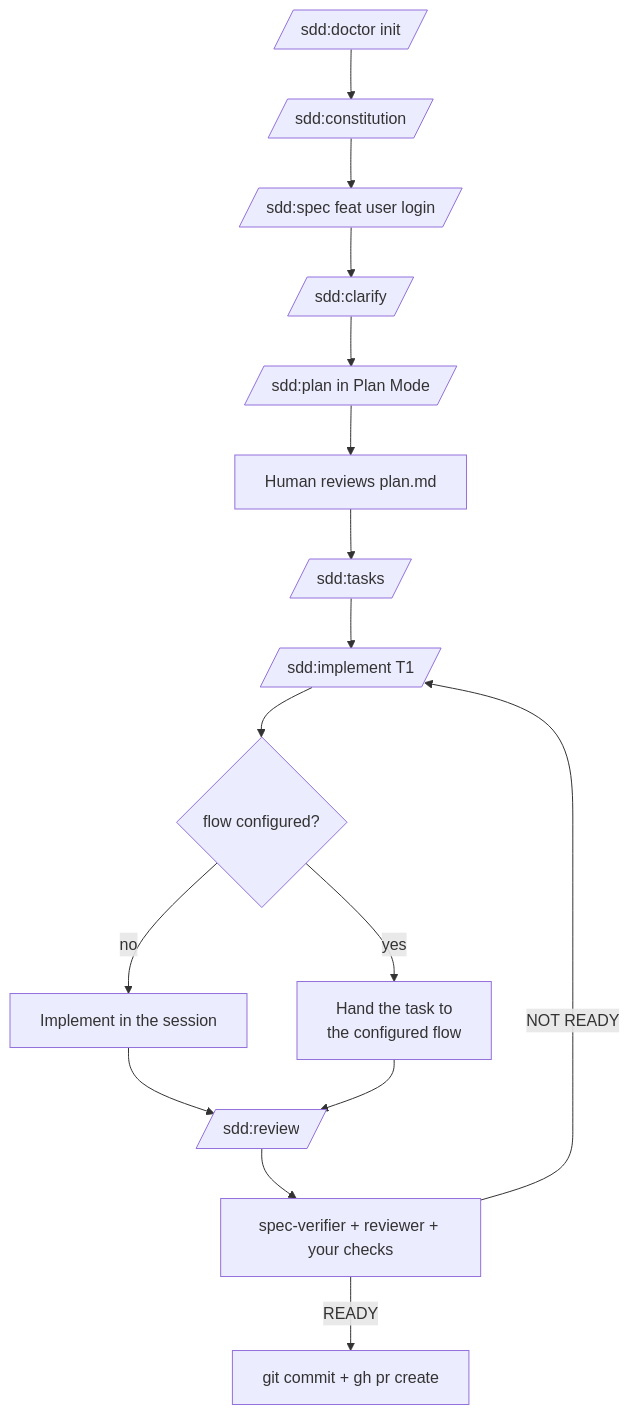
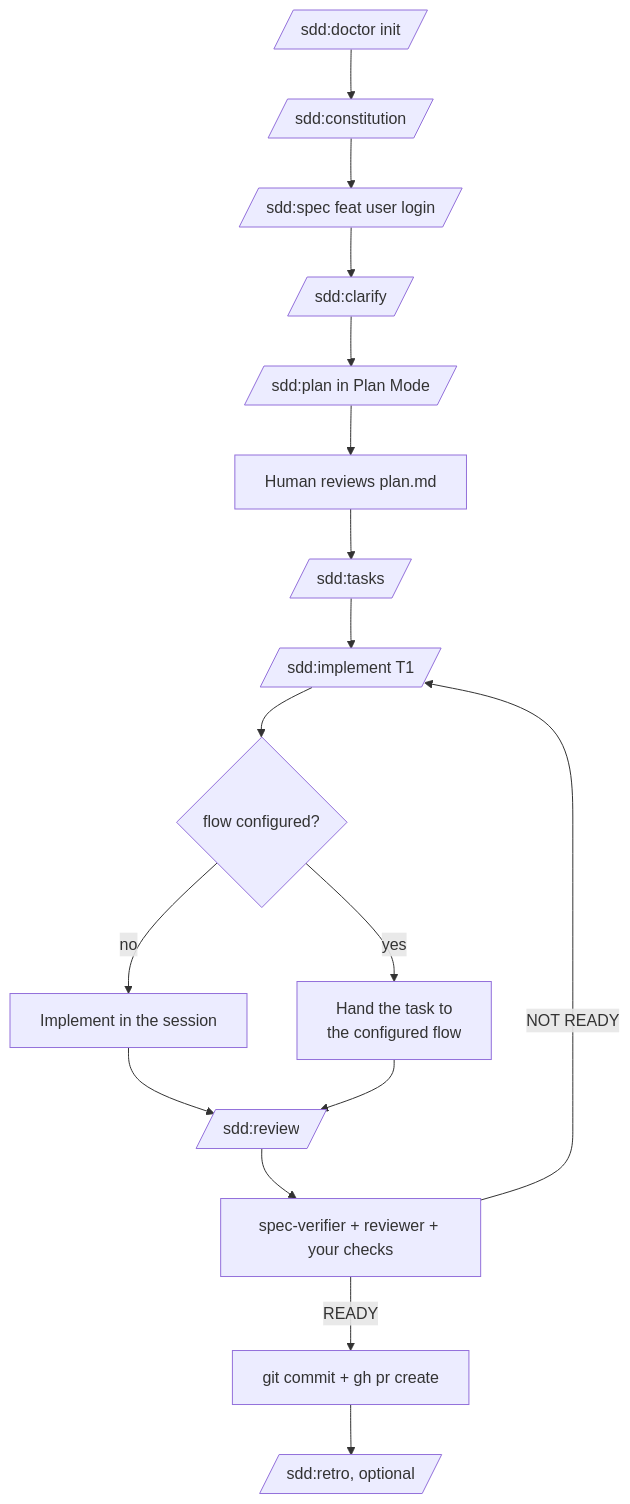
One commit to JanSzewczyk/spec-driven-development changed the diagram in README.md. Above: the diagram before and after it, drawn with Mermaid. The commit also changed other lines of this file and 48 other files, not shown here.

````diff
--- a/README.md
+++ b/README.md
@@ -192,18 +190,19 @@
 ```mermaid
 flowchart TD
     A[/sdd:doctor init/] --> B[/sdd:constitution/]
     B --> C[/sdd:spec feat user login/]
     C --> D[/sdd:clarify/]
     D --> E[/sdd:plan in Plan Mode/]
     E --> F[Human reviews plan.md]
     F --> G[/sdd:tasks/]
     G --> H[/sdd:implement T1/]
     H --> I{flow configured?}
     I -->|yes| K[Hand the task to<br/>the configured flow]
     I -->|no| J[Implement in the session]
     J --> M[/sdd:review/]
     K --> M
     M --> P[spec-verifier + reviewer + your checks]
     P -->|READY| Q[git commit + gh pr create]
+    Q --> R[/sdd:retro, optional/]
     P -->|NOT READY| H
 ```
````
